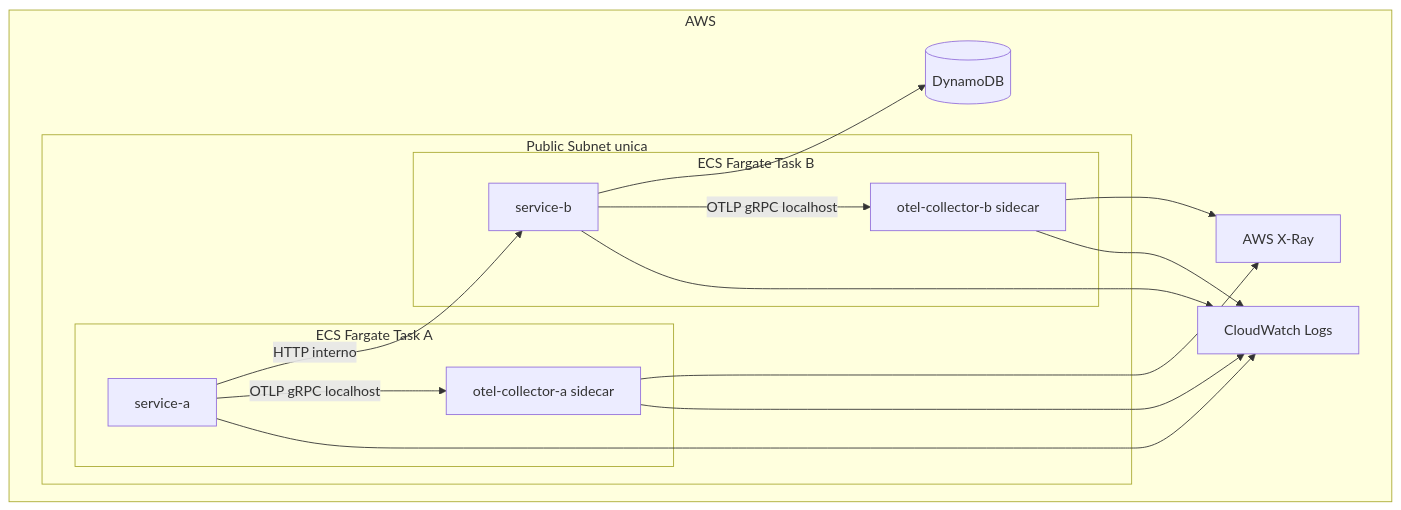
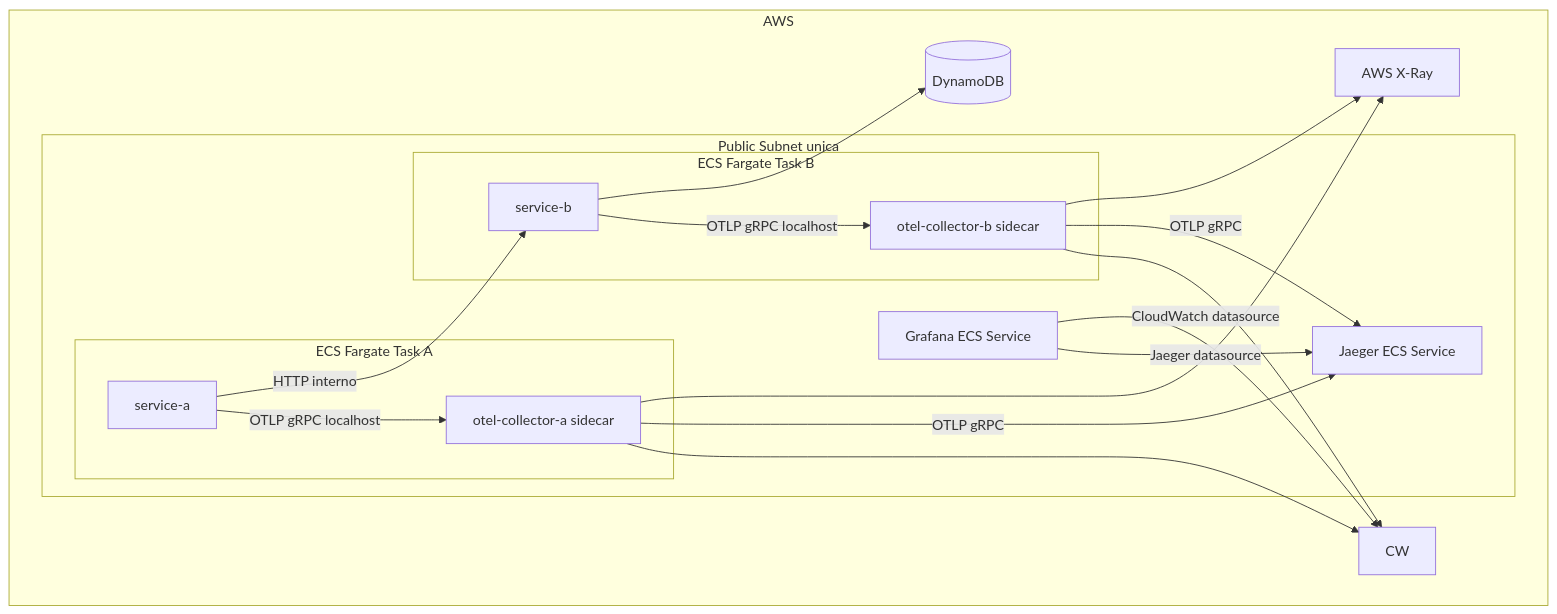
One commit to lgonzalez30/unidad2actividad2 changed the second of 2 diagrams in README.md. Above: the diagram before and after it, drawn with Mermaid. The commit also changed other lines of this file, not shown here.

````diff
--- a/README.md
+++ b/README.md
@@ -16,25 +22,29 @@
 ```mermaid
 flowchart TB
   subgraph AWS
     subgraph PublicSubnet[Public Subnet unica]
       subgraph TaskA[ECS Fargate Task A]
         SA[service-a]
         CA[otel-collector-a sidecar]
       end
       subgraph TaskB[ECS Fargate Task B]
         SB[service-b]
         CB[otel-collector-b sidecar]
       end
+      J[Jaeger ECS Service]
+      G[Grafana ECS Service]
     end
     SA -->|HTTP interno| SB
     SB --> DDB[(DynamoDB)]
     SA -->|OTLP gRPC localhost| CA
     SB -->|OTLP gRPC localhost| CB
     CA --> XR[AWS X-Ray]
     CB --> XR
-    SA --> CW[CloudWatch Logs]
-    SB --> CW
+    CA -->|OTLP gRPC| J
+    CB -->|OTLP gRPC| J
     CA --> CW
     CB --> CW
+    G -->|CloudWatch datasource| CW
+    G -->|Jaeger datasource| J
   end
 ```
````
